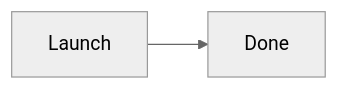
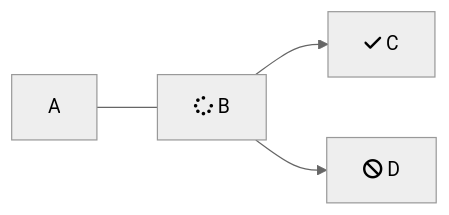
Before and after one commit to aerdman1/Erd-Docs: the diagram in docs/CSS/test/index.md, drawn with Mermaid (neutral theme). The commit also changed other lines of this file, not shown here.

````diff
--- a/docs/CSS/test/index.md
+++ b/docs/CSS/test/index.md
@@ -11,6 +11,6 @@
 ```mermaid
-flowchart LR
-  A[<span class="iconify" data-icon="mingcute:rocket-line"></span> Launch]
-  A --> B[<span class="iconify" data-icon="tabler:circle-check"></span> Done]
-
+flowchart LR 
+ A --- B[fa:fa-spinner B] 
+ B --> C[fa:fa-check C] 
+ B --> D[fa:fa-ban D]
 ```
````
